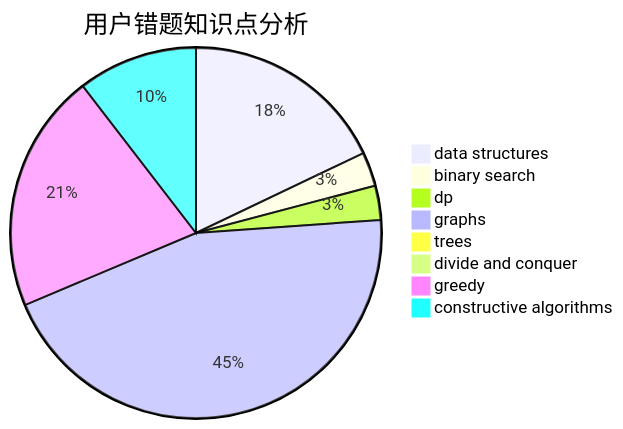
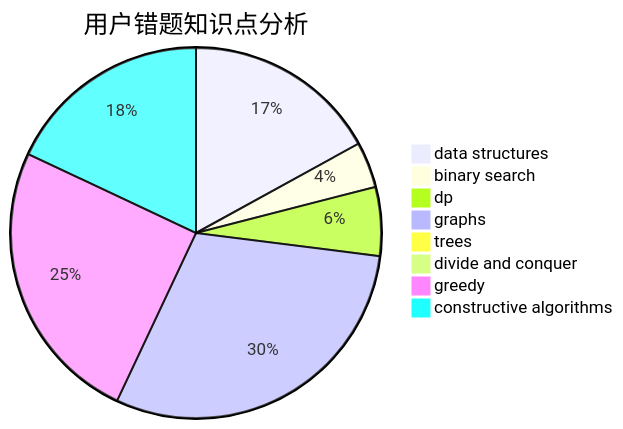
One commit to sherpahu/cfrs.github.io changed the third of 3 diagrams in docs/user/u2052.md. Above: the diagram before and after it, drawn with Mermaid. The commit also changed other lines of this file and 2770 other files, not shown here.

````diff
--- a/docs/user/u2052.md
+++ b/docs/user/u2052.md
@@ -36,11 +36,11 @@
 ```mermaid
 pie title 用户错题知识点分析
-    "data structures" :  12
-    "binary search" :  2
-    "dp" :  2
+    "data structures" :  17
+    "binary search" :  4
+    "dp" :  6
     "graphs" :  30
     "trees" :  0
     "divide and conquer" :  0
-    "greedy" :  14
-    "constructive algorithms" :  7
+    "greedy" :  25
+    "constructive algorithms" :  18
 ```
````
